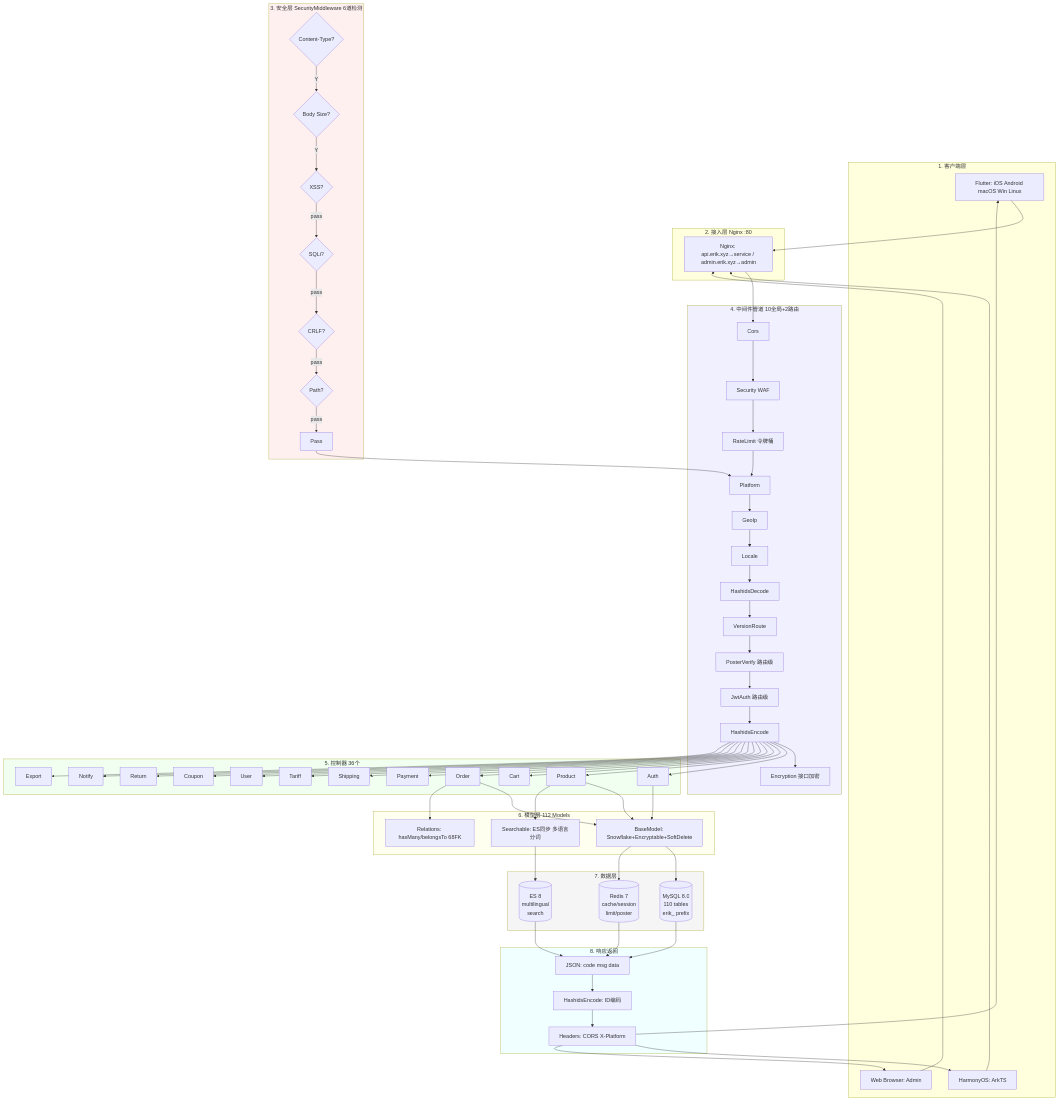
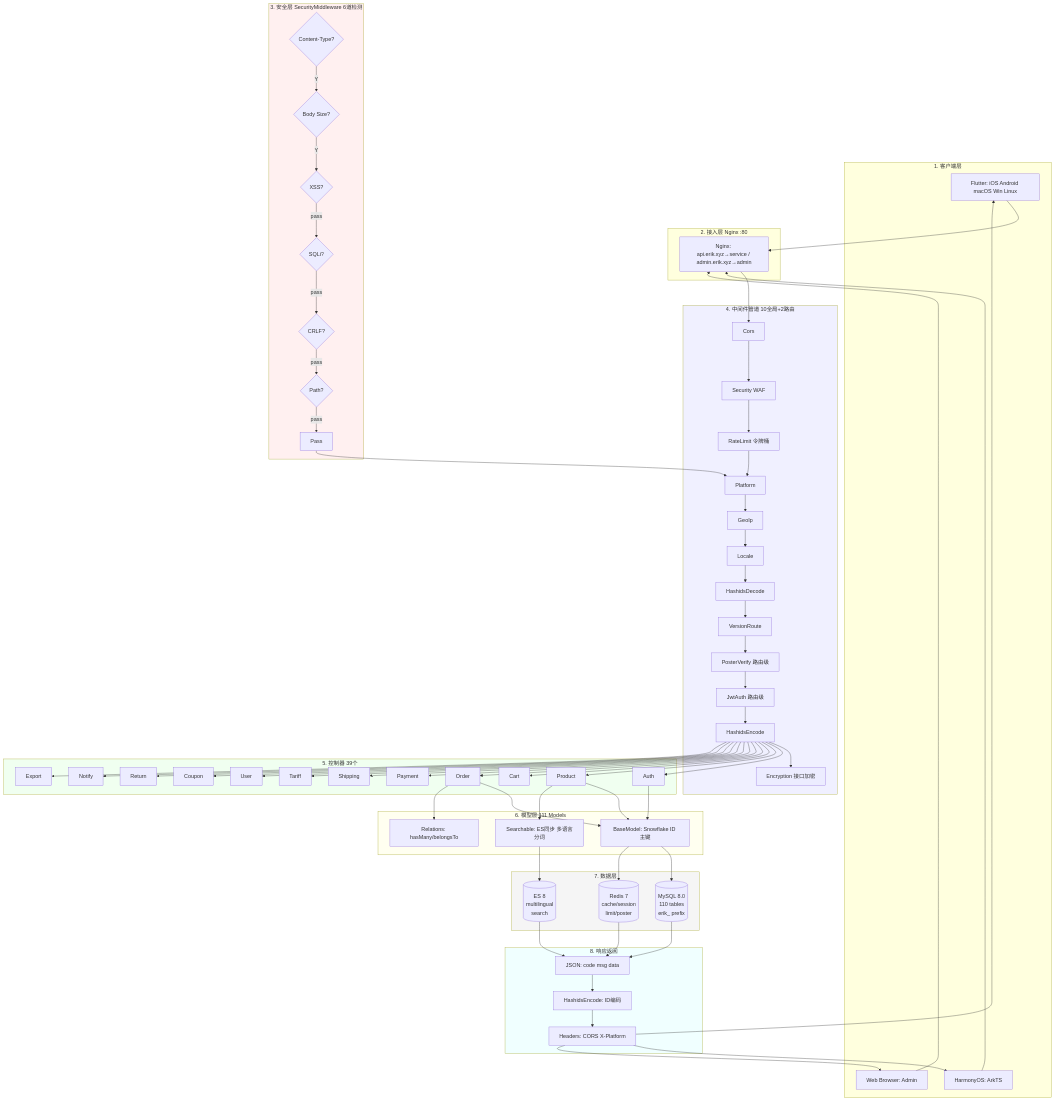
The second of 6 diagrams in docs/architecture-full.md (erikwang2013/erik-shop), drawn with Mermaid before and after one commit. The commit also changed other lines of this file and 135 other files, not shown here.

Commit message:
1. 调用方：本会话 Bash 命令直接执行（一次性工具脚本，无仓库内调用方）。   2. 无同类文件：docs/ 无渲染脚本（已有 8 个 .mmd 源 + 8 个 .svg 产物，之前用 Chrome 手工渲染）。确认 /tmp 中无此脚本。   3. 数据：读 docs/.mmd，写 /tmp/svg-out/.svg（Mermaid 渲染产物，含 viewBox 宽高属性）。   4. 用户指令 verbatim：「修复所有问题，不要产生新的问题。更新对应的所有文档、图片，注意内容多的图片中要换行或增大边界。图片增加水印：https://erik.xyz」

````diff
--- a/docs/architecture-full.md
+++ b/docs/architecture-full.md
@@ -71,73 +71,73 @@
 ```mermaid
 graph TB
     subgraph Clients["1. 客户端层"]
         FL[Flutter: iOS Android macOS Win Linux]
         HM[HarmonyOS: ArkTS]
         WB[Web Browser: Admin]
     end
     subgraph Gateway["2. 接入层 Nginx :80"]
         NG[Nginx: api.erik.xyz→service / admin.erik.xyz→admin]
     end
     subgraph Security["3. 安全层 SecurityMiddleware 6道检测"]
         CT{Content-Type?} -->|Y| BS{Body Size?}
         BS -->|Y| XS{XSS?}
         XS -->|pass| SQ{SQLi?}
         SQ -->|pass| CR{CRLF?}
         CR -->|pass| PT{Path?}
         PT -->|pass| PASS[Pass]
     end
     subgraph Pipeline["4. 中间件管道 10全局+2路由"]
         CORS[Cors] --> SEC[Security WAF]
         SEC --> RATE[RateLimit 令牌桶]
         RATE --> PLAT[Platform]
         PLAT --> GEO[GeoIp]
         GEO --> LOC[Locale]
         LOC --> HDEC[HashidsDecode]
         HDEC --> VER[VersionRoute]
         VER --> POSTV[PosterVerify 路由级]
         POSTV --> JWT[JwtAuth 路由级]
         JWT --> HENC[HashidsEncode]
         HENC --> ENC[Encryption 接口加密]
     end
-    subgraph Controllers["5. 控制器 36个"]
+    subgraph Controllers["5. 控制器 39个"]
         AUTH[Auth] & PROD[Product] & CART[Cart]
         ORD[Order] & PAY[Payment] & SHIP[Shipping]
         TARI[Tariff] & USER[User] & COUP[Coupon]
         RET[Return] & NOTI[Notify] & EXPORT[Export]
     end
-    subgraph Models["6. 模型层 112 Models"]
-        BM[BaseModel: Snowflake+Encryptable+SoftDelete]
-        REL[Relations: hasMany/belongsTo 68FK]
+    subgraph Models["6. 模型层 111 Models"]
+        BM[BaseModel: Snowflake ID 主键]
+        REL[Relations: hasMany/belongsTo]
         SRCH[Searchable: ES同步 多语言分词]
     end
     subgraph Data["7. 数据层"]
         MySQL[(MySQL 8.0<br/>110 tables<br/>erik_ prefix)]
         Redis[(Redis 7<br/>cache/session<br/>limit/poster)]
         ES[(ES 8<br/>multilingual<br/>search)]
     end
     subgraph Response["8. 响应返回"]
         JSON[JSON: code msg data]
         OUTENC[HashidsEncode: ID编码]
         HEADERS[Headers: CORS X-Platform]
     end
 
     FL & HM & WB --> NG
     NG --> CORS
     PASS --> PLAT
     HENC --> AUTH & PROD & CART & ORD & PAY & SHIP & TARI & USER & COUP & RET & NOTI & EXPORT
     AUTH & PROD & ORD --> BM
     ORD --> REL
     PROD --> SRCH
     BM --> MySQL & Redis
     SRCH --> ES
     MySQL & Redis & ES --> JSON
     JSON --> OUTENC --> HEADERS
     HEADERS --> FL & HM & WB
 
     style Security fill:#fff0f0
     style Pipeline fill:#f0f0ff
     style Controllers fill:#f0fff0
     style Models fill:#fffff0
     style Data fill:#f5f5f5
     style Response fill:#f0ffff
 ```
````
